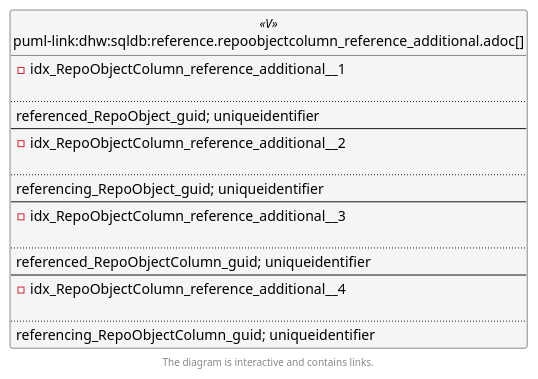
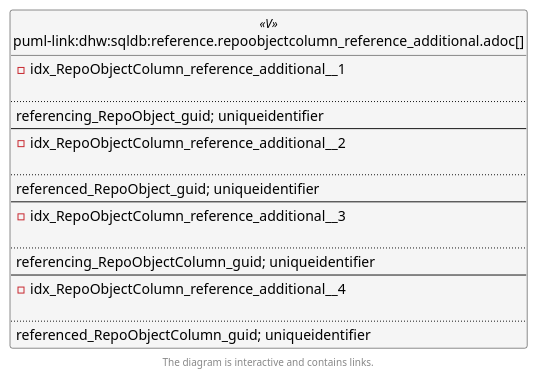
Before and after one commit to DataHandwerk/dhw-antora-sqldb: the second of 6 diagrams in docs/modules/sqldb/partials/content/reference.repoobjectcolumn_reference_additional.adoc, drawn with PlantUML. The commit also changed other lines of this file and 701 other files, not shown here.

```diff
--- a/docs/modules/sqldb/partials/content/reference.repoobjectcolumn_reference_additional.adoc
+++ b/docs/modules/sqldb/partials/content/reference.repoobjectcolumn_reference_additional.adoc
@@ -1123,58 +1123,58 @@
 [plantuml, entity_1_1_fk-{docname}, svg, subs=macros]
 ....
 @startuml
 left to right direction
 'top to bottom direction
 hide circle
 'avoide "." issues:
 set namespaceSeparator none
 
 
 skinparam class {
   BackgroundColor White
   BackgroundColor<<FN>> Yellow
   BackgroundColor<<FS>> Yellow
   BackgroundColor<<FT>> LightGray
   BackgroundColor<<IF>> Yellow
   BackgroundColor<<IS>> Yellow
   BackgroundColor<<P>>  Aqua
   BackgroundColor<<PC>> Aqua
   BackgroundColor<<SN>> Yellow
   BackgroundColor<<SO>> SlateBlue
   BackgroundColor<<TF>> LightGray
   BackgroundColor<<TR>> Tomato
   BackgroundColor<<U>>  White
   BackgroundColor<<V>>  WhiteSmoke
   BackgroundColor<<X>>  Aqua
   BackgroundColor<<external>> AliceBlue
 }
 
 
 entity "puml-link:dhw:sqldb:reference.repoobjectcolumn_reference_additional.adoc[]" as reference.RepoObjectColumn_reference_additional << V >> {
 - idx_RepoObjectColumn_reference_additional__1
 
 ..
-referenced_RepoObject_guid; uniqueidentifier
+referencing_RepoObject_guid; uniqueidentifier
 --
 - idx_RepoObjectColumn_reference_additional__2
 
 ..
-referencing_RepoObject_guid; uniqueidentifier
+referenced_RepoObject_guid; uniqueidentifier
 --
 - idx_RepoObjectColumn_reference_additional__3
 
 ..
-referenced_RepoObjectColumn_guid; uniqueidentifier
+referencing_RepoObjectColumn_guid; uniqueidentifier
 --
 - idx_RepoObjectColumn_reference_additional__4
 
 ..
-referencing_RepoObjectColumn_guid; uniqueidentifier
+referenced_RepoObjectColumn_guid; uniqueidentifier
 }
 
 
 
 footer The diagram is interactive and contains links.
 
 @enduml
 ....
```
